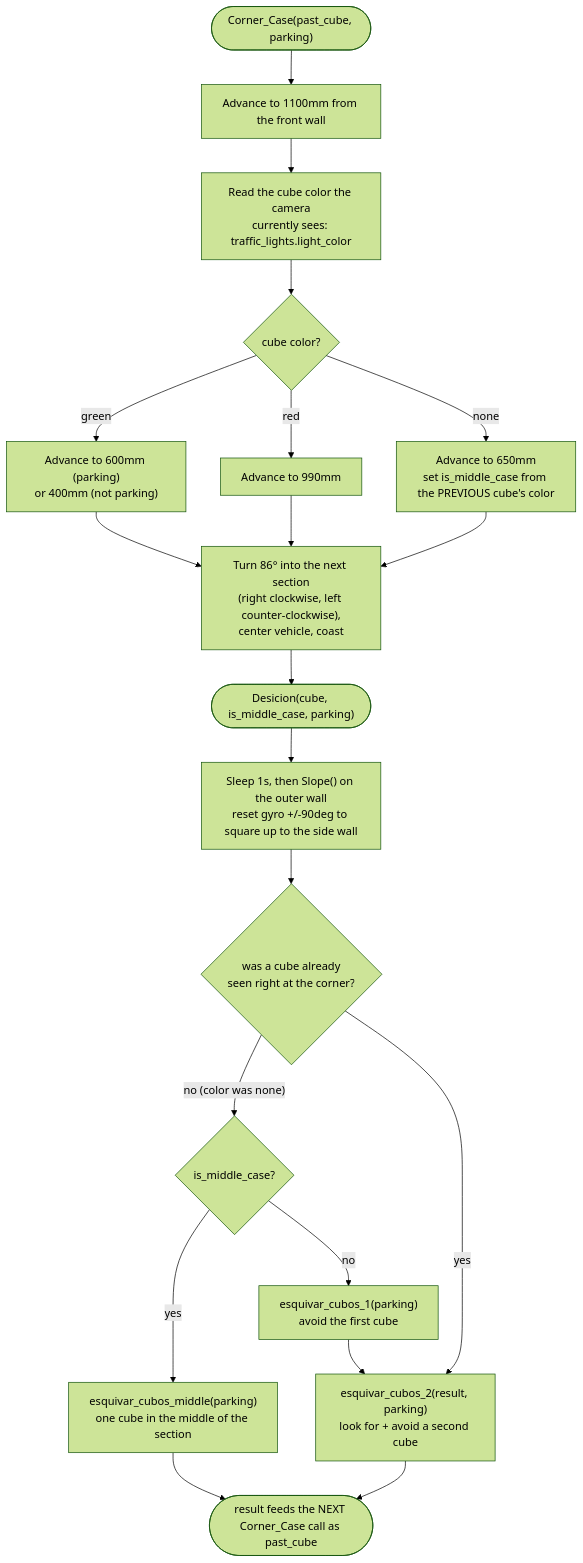
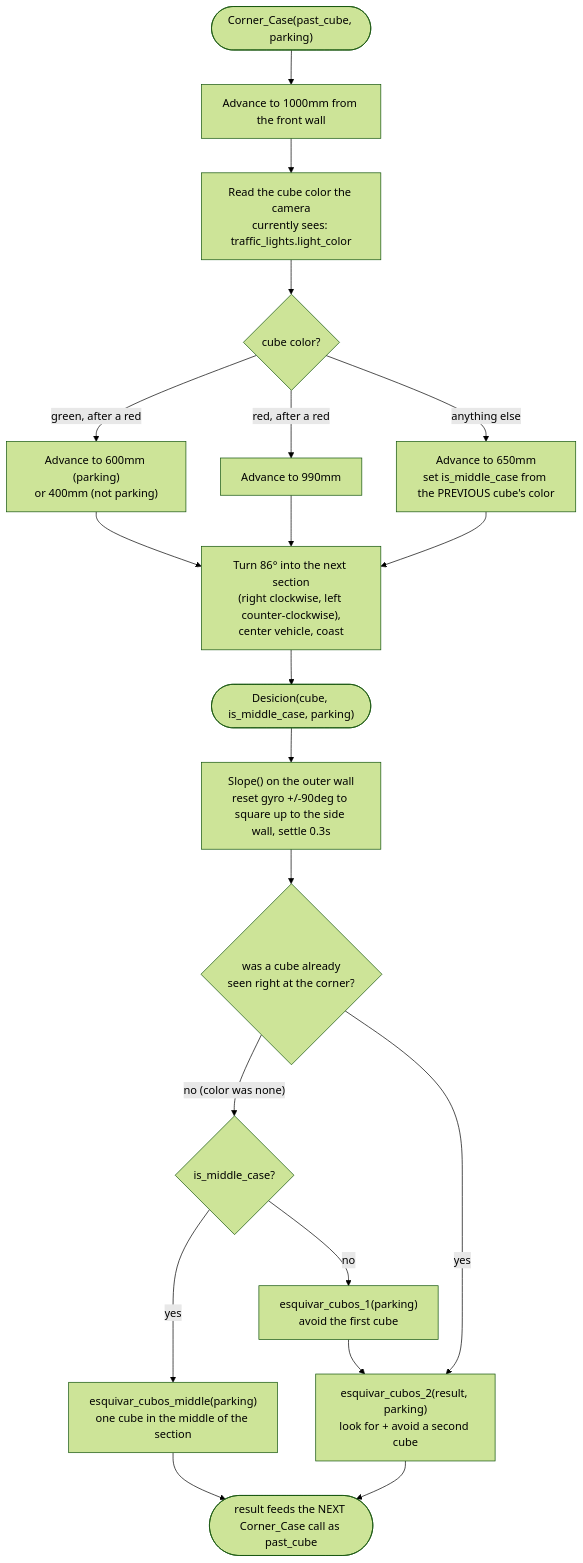
One commit to alex309-duarte/WRO_Future_Engineers_Queretaro_CSS changed the fourth of 4 diagrams in README.md. Above: the diagram before and after it, drawn with Mermaid (forest theme). The commit also changed other lines of this file and 19 other files, not shown here.

````diff
--- a/README.md
+++ b/README.md
@@ -859,22 +918,22 @@
 ```mermaid
 flowchart TD
-    A(["Corner_Case(past_cube, parking)"]) --> B["Advance to 1100mm from the front wall"]
+    A(["Corner_Case(past_cube, parking)"]) --> B["Advance to 1000mm from the front wall"]
     B --> C["Read the cube color the camera<br/>currently sees: traffic_lights.light_color"]
     C --> D{"cube color?"}
-    D -- green --> E["Advance to 600mm (parking)<br/>or 400mm (not parking)"]
-    D -- red --> F["Advance to 990mm"]
-    D -- none --> G["Advance to 650mm<br/>set is_middle_case from the PREVIOUS cube's color"]
+    D -- "green, after a red" --> E["Advance to 600mm (parking)<br/>or 400mm (not parking)"]
+    D -- "red, after a red" --> F["Advance to 990mm"]
+    D -- "anything else" --> G["Advance to 650mm<br/>set is_middle_case from the PREVIOUS cube's color"]
     E --> H["Turn 86&deg; into the next section<br/>(right clockwise, left counter-clockwise),<br/>center vehicle, coast"]
     F --> H
     G --> H
     H --> I(["Desicion(cube, is_middle_case, parking)"])
-    I --> J["Sleep 1s, then Slope() on the outer wall<br/>reset gyro +/-90deg to square up to the side wall"]
+    I --> J["Slope() on the outer wall<br/>reset gyro +/-90deg to square up to the side wall, settle 0.3s"]
     J --> K{"was a cube already<br/>seen right at the corner?"}
     K -- "no (color was none)" --> L{"is_middle_case?"}
     L -- yes --> M["esquivar_cubos_middle(parking)<br/>one cube in the middle of the section"]
     L -- no --> N["esquivar_cubos_1(parking)<br/>avoid the first cube"]
     N --> O["esquivar_cubos_2(result, parking)<br/>look for + avoid a second cube"]
     K -- yes --> O
     M --> P(["result feeds the NEXT Corner_Case call as past_cube"])
     O --> P
 ```
````
